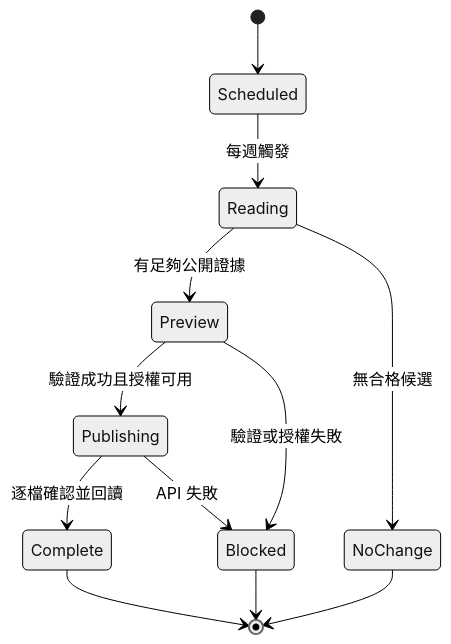
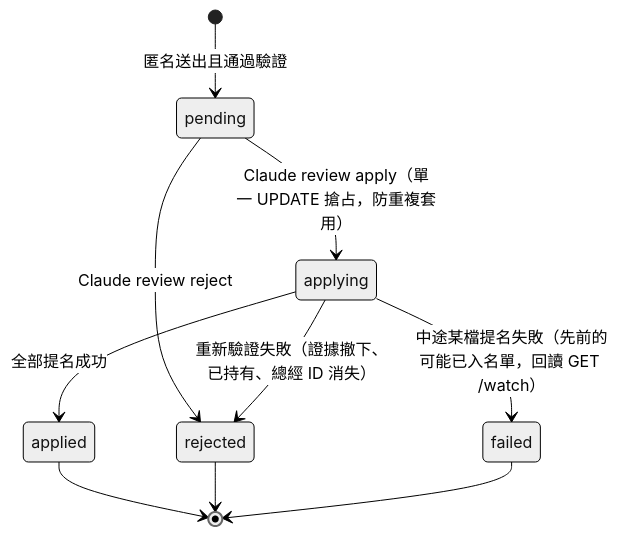
Before and after one commit to Vinskao/maya-sawa: the second of 2 diagrams in docs/GPT_WEEKLY_OPPORTUNITIES.md, drawn with Mermaid (neutral theme). The commit also changed other lines of this file and 3 other files, not shown here.

````diff
--- a/docs/GPT_WEEKLY_OPPORTUNITIES.md
+++ b/docs/GPT_WEEKLY_OPPORTUNITIES.md
@@ -21,14 +49,12 @@
 ```mermaid
 stateDiagram-v2
-    [*] --> Scheduled
-    Scheduled --> Reading: 每週觸發
-    Reading --> Preview: 有足夠公開證據
-    Reading --> NoChange: 無合格候選
-    Preview --> Publishing: 驗證成功且授權可用
-    Preview --> Blocked: 驗證或授權失敗
-    Publishing --> Complete: 逐檔確認並回讀
-    Publishing --> Blocked: API 失敗
-    Complete --> [*]
-    NoChange --> [*]
-    Blocked --> [*]
+    [*] --> pending: 匿名送出且通過驗證
+    pending --> applying: Claude review apply（單一 UPDATE 搶占，防重複套用）
+    pending --> rejected: Claude review reject
+    applying --> rejected: 重新驗證失敗（證據撤下、已持有、總經 ID 消失）
+    applying --> applied: 全部提名成功
+    applying --> failed: 中途某檔提名失敗（先前的可能已入名單，回讀 GET /watch）
+    applied --> [*]
+    rejected --> [*]
+    failed --> [*]
 ```
````
